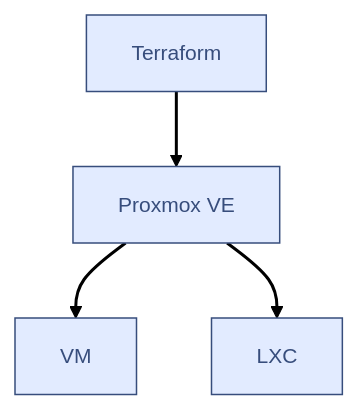
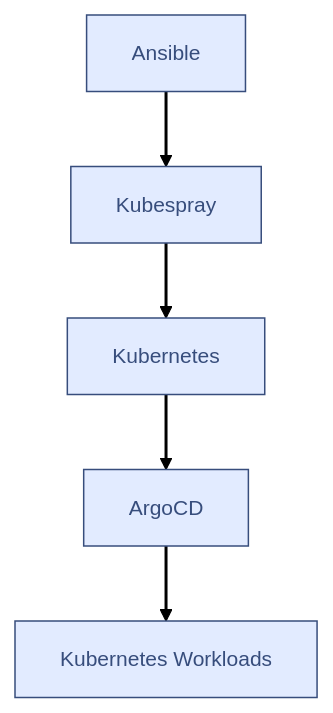
One commit to rs235/infrastructure changed the fourth of 5 diagrams in README.md. Above: the diagram before and after it, drawn with Mermaid. The commit also changed other lines of this file, not shown here.

````diff
--- a/README.md
+++ b/README.md
@@ -59,15 +117,18 @@
 ``` mermaid
 ---
 config:
   theme: redux
 ---
 flowchart TB
-    n1["Terraform"] --> n2["Proxmox VE"]
-    n2["Proxmox VE"] --> n3["VM"] & n4["LXC"]
+    n1["Ansible"] --> n2["Kubespray"]
+    n2 --> n3["Kubernetes"]
+    n3 --> n4["ArgoCD"]
+    n4 --> n5["Kubernetes Workloads"]
 
      n1:::Sky
      n2:::Sky
      n3:::Sky
      n4:::Sky
+     n5:::Sky
      classDef Sky stroke-width:1px, stroke-dasharray:none, stroke:#374D7C, fill:#E2EBFF, color:#374D7C
 ```
````
